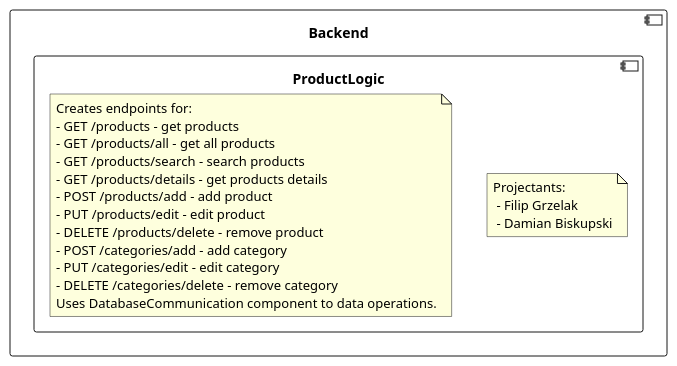
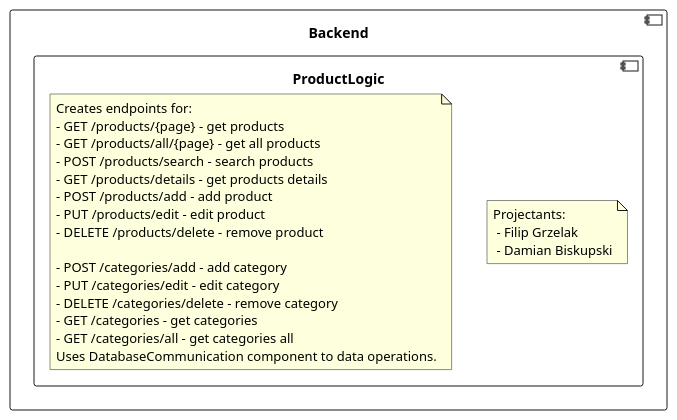
Before and after one commit to RadekBucki/OpinionCollectorArchitecture: the third of 6 diagrams in backend/BackendLogic.md, drawn with PlantUML. The commit also changed other lines of this file and 2 other files, not shown here.

Commit message:
Update after implementation

````diff
--- a/backend/BackendLogic.md
+++ b/backend/BackendLogic.md
@@ -56,27 +56,30 @@
 ```plantuml
 @startuml
 component Backend {    
     component ProductLogic {
         note as Authors
             Projectants: 
              - Filip Grzelak
              - Damian Biskupski
         endnote
         note as Description
             Creates endpoints for:
-            - GET /products - get products
-            - GET /products/all - get all products
-            - GET /products/search - search products
+            - GET /products/{page} - get products
+            - GET /products/all/{page} - get all products
+            - POST /products/search - search products
             - GET /products/details - get products details
             - POST /products/add - add product
             - PUT /products/edit - edit product
             - DELETE /products/delete - remove product
+            
             - POST /categories/add - add category
             - PUT /categories/edit - edit category
             - DELETE /categories/delete - remove category
+            - GET /categories - get categories
+            - GET /categories/all - get categories all
             Uses DatabaseCommunication component to data operations.
         endnote
     }
 }
 @enduml 
 ```
````
